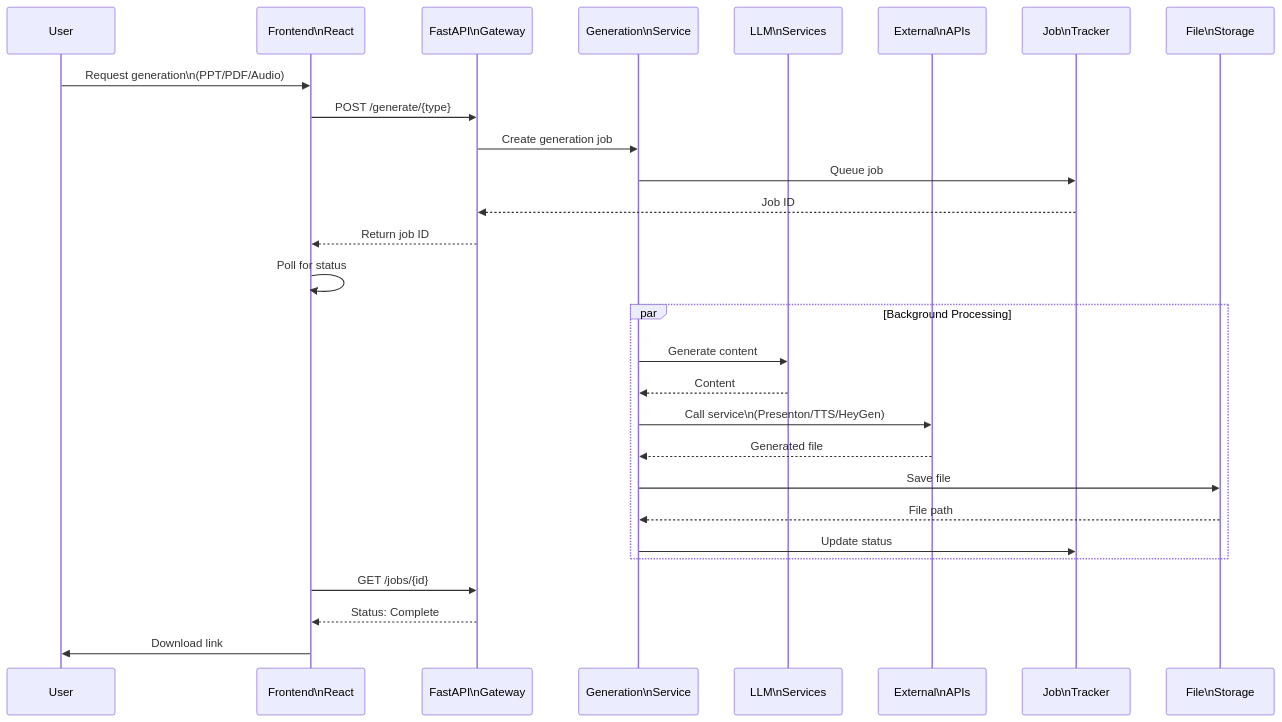
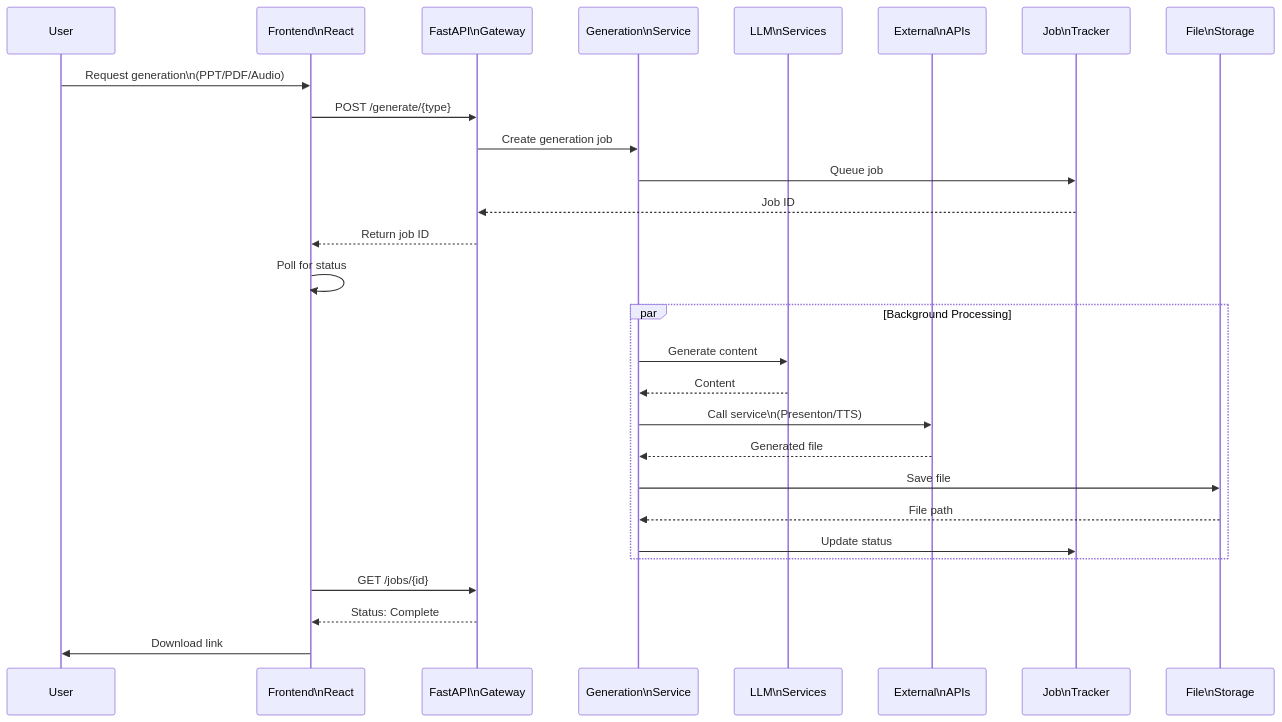
The tenth of 19 diagrams in REFERENCE_ARCHITECTURE.md (thiachan/agent), drawn with Mermaid before and after one commit. The commit also changed other lines of this file and 17 other files, not shown here.

````diff
--- a/REFERENCE_ARCHITECTURE.md
+++ b/REFERENCE_ARCHITECTURE.md
@@ -453,33 +448,33 @@
 ```mermaid
 sequenceDiagram
     participant User
     participant Frontend as Frontend\nReact
     participant API as FastAPI\nGateway
     participant GenSvc as Generation\nService
     participant LLM as LLM\nServices
     participant External as External\nAPIs
     participant JobTracker as Job\nTracker
     participant FileStore as File\nStorage
     
     User->>Frontend: Request generation\n(PPT/PDF/Audio)
     Frontend->>API: POST /generate/{type}
     API->>GenSvc: Create generation job
     GenSvc->>JobTracker: Queue job
     JobTracker-->>API: Job ID
     API-->>Frontend: Return job ID
     Frontend->>Frontend: Poll for status
     
     par Background Processing
         GenSvc->>LLM: Generate content
         LLM-->>GenSvc: Content
-        GenSvc->>External: Call service\n(Presenton/TTS/HeyGen)
+        GenSvc->>External: Call service\n(Presenton/TTS)
         External-->>GenSvc: Generated file
         GenSvc->>FileStore: Save file
         FileStore-->>GenSvc: File path
         GenSvc->>JobTracker: Update status
     end
     
     Frontend->>API: GET /jobs/{id}
     API-->>Frontend: Status: Complete
     Frontend->>User: Download link
 ```
````
